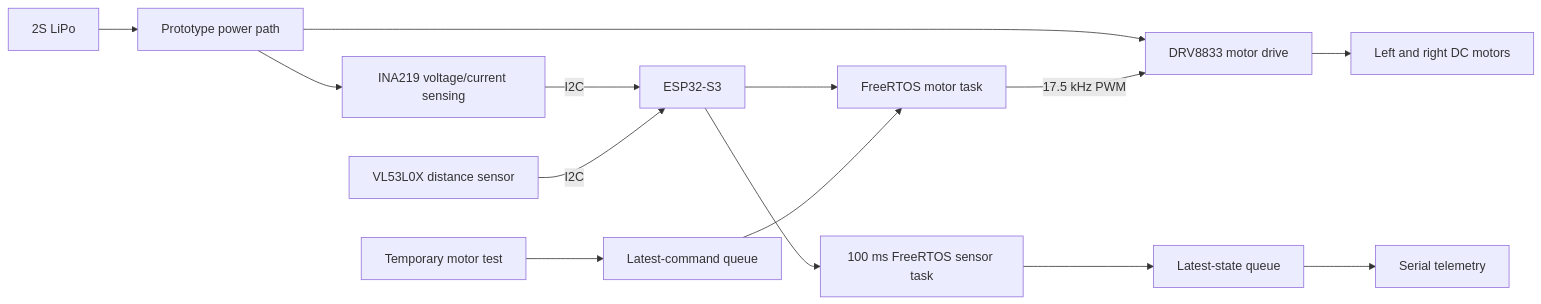
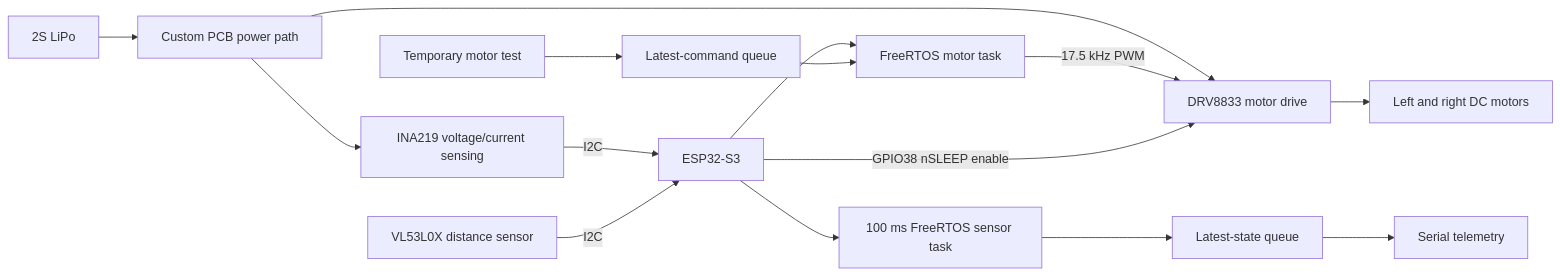
One commit to marcoavolpini/DriveWire changed the diagram in README.md. Above: the diagram before and after it, drawn with Mermaid. The commit also changed other lines of this file and 11 other files, not shown here.

````diff
--- a/README.md
+++ b/README.md
@@ -36,16 +42,17 @@
 ```mermaid
 flowchart LR
-    LIPO[2S LiPo] --> PATH[Prototype power path]
+    LIPO[2S LiPo] --> PATH[Custom PCB power path]
     PATH --> INA[INA219 voltage/current sensing]
     PATH --> DRV[DRV8833 motor drive]
     DRV --> MOTORS[Left and right DC motors]
     ESP[ESP32-S3] --> MOTOR[FreeRTOS motor task]
     TEST[Temporary motor test] --> COMMAND[Latest-command queue]
     COMMAND --> MOTOR
     MOTOR -->|17.5 kHz PWM| DRV
+    ESP -->|GPIO38 nSLEEP enable| DRV
     INA -->|I2C| ESP
     TOF[VL53L0X distance sensor] -->|I2C| ESP
     ESP --> TASK[100 ms FreeRTOS sensor task]
     TASK --> QUEUE[Latest-state queue]
     QUEUE --> SERIAL[Serial telemetry]
 ```
````
